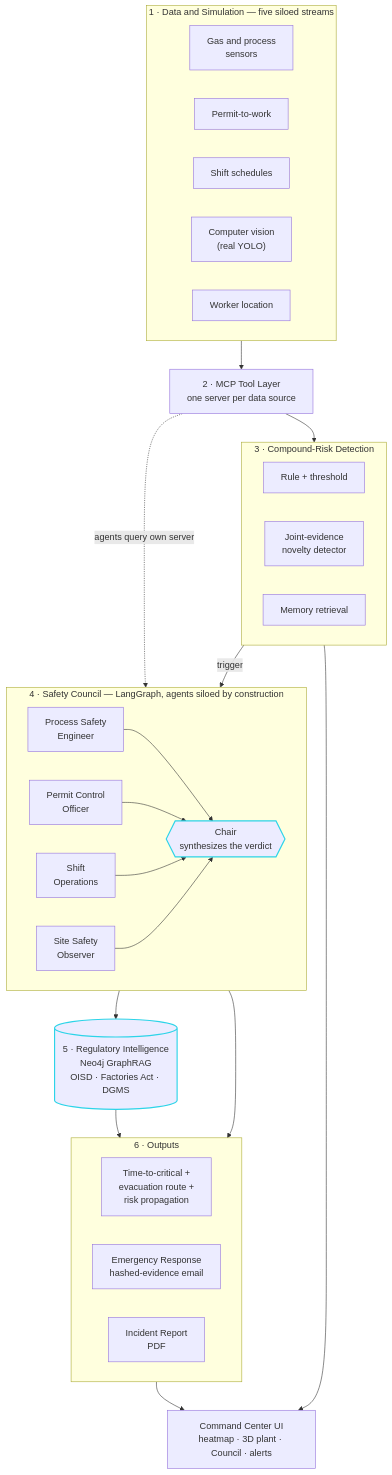
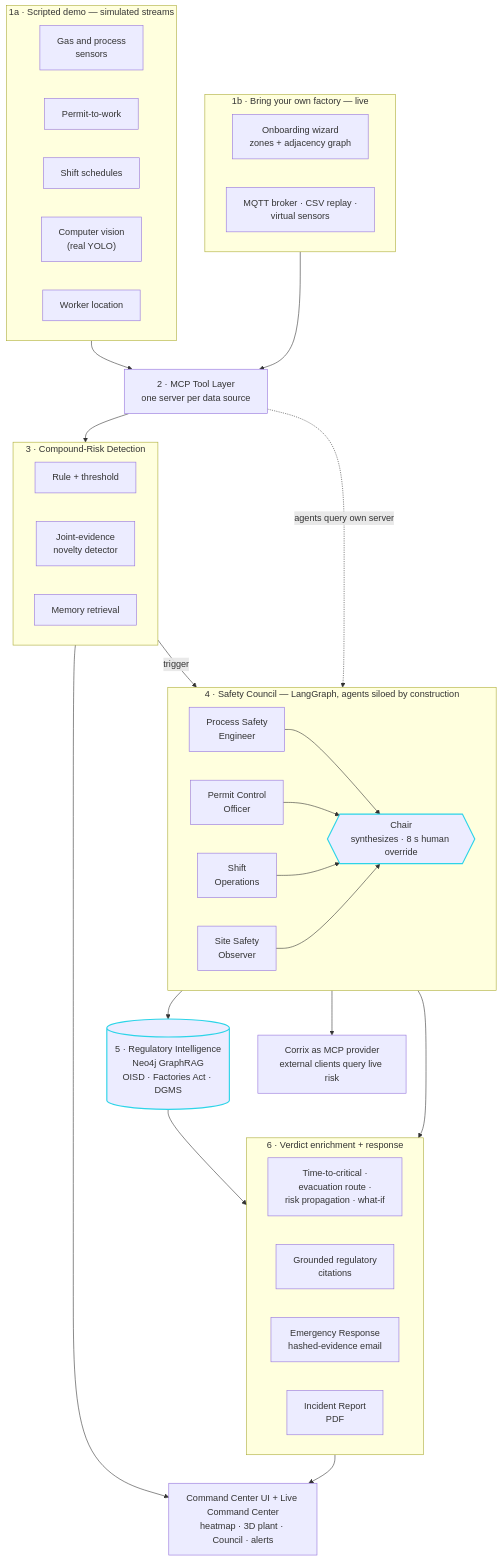
One commit to sumanthd032/Corrix changed the diagram in README.md. Above: the diagram before and after it, drawn with Mermaid. The commit also changed other lines of this file and 5 other files, not shown here.

Commit message:
docs(architecture): redraw the system diagram with the BYOF door and refresh the README

````diff
--- a/README.md
+++ b/README.md
@@ -75,56 +75,67 @@
 ```mermaid
 flowchart TB
-    subgraph SRC["1 · Data and Simulation — five siloed streams"]
+    subgraph SRC["1a · Scripted demo — simulated streams"]
         direction LR
         GAS["Gas and process<br/>sensors"]
         PER["Permit-to-work"]
         SHF["Shift schedules"]
         CVS["Computer vision<br/>(real YOLO)"]
         LOC["Worker location"]
+    end
+
+    subgraph BYO["1b · Bring your own factory — live"]
+        direction LR
+        WIZ["Onboarding wizard<br/>zones + adjacency graph"]
+        MQT["MQTT broker · CSV replay ·<br/>virtual sensors"]
     end
 
     MCP["2 · MCP Tool Layer<br/>one server per data source"]
 
     subgraph DET["3 · Compound-Risk Detection"]
         direction LR
         RULE["Rule + threshold"]
         NOV["Joint-evidence<br/>novelty detector"]
         MEM["Memory retrieval"]
     end
 
     subgraph CNCL["4 · Safety Council — LangGraph, agents siloed by construction"]
         direction LR
         A1["Process Safety<br/>Engineer"]
         A2["Permit Control<br/>Officer"]
         A3["Shift<br/>Operations"]
         A4["Site Safety<br/>Observer"]
-        CHAIR{{"Chair<br/>synthesizes the verdict"}}
+        CHAIR{{"Chair<br/>synthesizes · 8 s human override"}}
     end
 
     REG[("5 · Regulatory Intelligence<br/>Neo4j GraphRAG<br/>OISD · Factories Act · DGMS")]
 
-    subgraph OUT["6 · Outputs"]
+    subgraph OUT["6 · Verdict enrichment + response"]
         direction LR
-        FC["Time-to-critical +<br/>evacuation route +<br/>risk propagation"]
+        FC["Time-to-critical ·<br/>evacuation route ·<br/>risk propagation · what-if"]
+        CIT["Grounded regulatory<br/>citations"]
         ERO["Emergency Response<br/>hashed-evidence email"]
         RPT["Incident Report<br/>PDF"]
     end
 
-    UI["Command Center UI<br/>heatmap · 3D plant · Council · alerts"]
+    UI["Command Center UI + Live Command Center<br/>heatmap · 3D plant · Council · alerts"]
+    EXT["Corrix as MCP provider<br/>external clients query live risk"]
 
-    SRC --> MCP --> DET
+    SRC --> MCP
+    BYO --> MCP
+    MCP --> DET
     MCP -. "agents query own server" .-> CNCL
     DET -- "trigger" --> CNCL
     A1 --> CHAIR
     A2 --> CHAIR
     A3 --> CHAIR
     A4 --> CHAIR
     CHAIR --> REG
     CHAIR --> OUT
-    REG --> OUT
+    REG --> CIT
     OUT --> UI
     DET --> UI
+    CHAIR --> EXT
 
     classDef accent stroke:#2dd4e8,stroke-width:2px;
     class CHAIR,REG accent;
 ```
````
